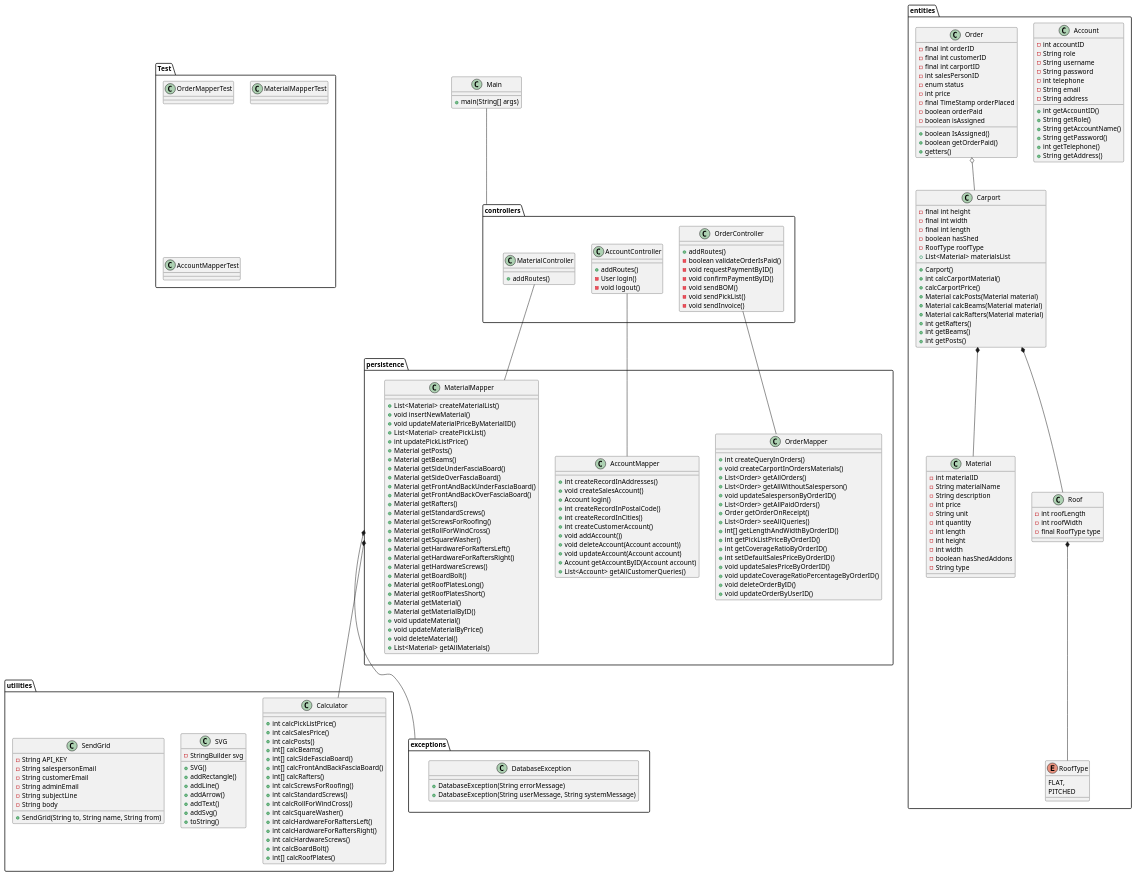
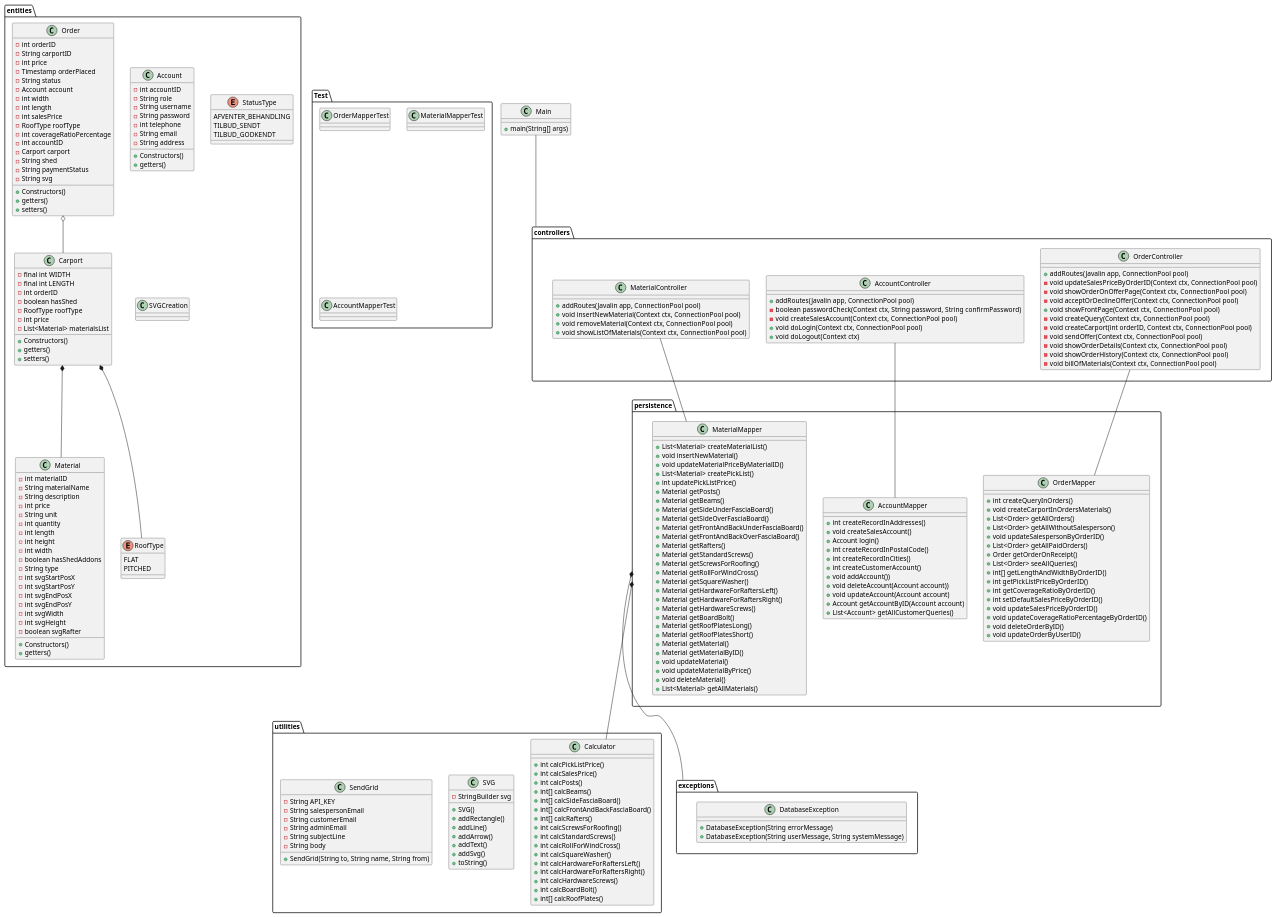
One commit to mridrisisci/fog-projekt changed the diagram in docs/class diagrams/classDiagramV3.puml. Above: the diagram before and after it, drawn with PlantUML.

```diff
--- a/docs/class diagrams/classDiagramV3.puml
+++ b/docs/class diagrams/classDiagramV3.puml
@@ -53,48 +53,49 @@
 
 package controllers {
     class OrderController {
-    + addRoutes()
-    - boolean validateOrderIsPaid()
-    - void requestPaymentByID()
-    - void confirmPaymentByID()
-    - void sendBOM()
-    - void sendPickList()
-    - void sendInvoice()
+    + addRoutes(Javalin app, ConnectionPool pool)
+    - void updateSalesPriceByOrderID(Context ctx, ConnectionPool pool)
+    - void showOrderOnOfferPage(Context ctx, ConnectionPool pool)
+    - void acceptOrDeclineOffer(Context ctx, ConnectionPool pool)
+    + void showFrontPage(Context ctx, ConnectionPool pool)
+    - void createQuery(Context ctx, ConnectionPool pool)
+    - void createCarport(int orderID, Context ctx, ConnectionPool pool)
+    - void sendOffer(Context ctx, ConnectionPool pool)
+    - void showOrderDetails(Context ctx, ConnectionPool pool)
+    - void showOrderHistory(Context ctx, ConnectionPool pool)
+    - void billOfMaterials(Context ctx, ConnectionPool pool)
     }
 
     class AccountController {
-    + addRoutes()
-    - User login()
-    - void logout()
+    + addRoutes(Javalin app, ConnectionPool pool)
+    - boolean passwordCheck(Context ctx, String password, String confirmPassword)
+    - void createSalesAccount(Context ctx, ConnectionPool pool)
+    + void doLogin(Context ctx, ConnectionPool pool)
+    + void doLogout(Context ctx)
+    }
 
-    }
     class MaterialController {
-    + addRoutes()
+    + addRoutes(Javalin app, ConnectionPool pool)
+    + void insertNewMaterial(Context ctx, ConnectionPool pool)
+    + void removeMaterial(Context ctx, ConnectionPool pool)
+    + void showListOfMaterials(Context ctx, ConnectionPool pool)
     }
 }
 
 package entities {
     class Carport {
-    - final int height
-    - final int width
-    - final int length
+    - final int WIDTH
+    - final int LENGTH
+    - int orderID
     - boolean hasShed
-    '- boolean hasShedAddons
     - RoofType roofType
-    + Carport()
-    + List<Material> materialsList
-    'metoden skal eksekvere alle beregningerne heri
-    'samlet
-    + int calcCarportMaterial()
-    'Pris som kunden skal betale
-    + calcCarportPrice()
-    + Material calcPosts(Material material)
-    + Material calcBeams(Material material)
-    + Material calcRafters(Material material)
-    + int getRafters()
-    + int getBeams()
-    + int getPosts()
+    - int price
+    - List<Material> materialsList
+    + Constructors()
+    + getters()
+    + setters()
     }
+
     class Account {
     - int accountID
     - String role
@@ -103,35 +104,36 @@
     - int telephone
     - String email
     - String address
-    + int getAccountID()
-    + String getRole()
-    + String getAccountName()
-    + String getPassword()
-    + int getTelephone()
-    + String getAddress()
+    + Constructors()
+    + getters()
     }
 
     class Order {
-    - final int orderID
-    - final int customerID
-    - final int carportID
-    - int salesPersonID
-    'public enum orderStatus { PAID,NOT_PAID,ORDER_COMPLETED}
-    - enum status
+    - int orderID
+    - String carportID
     - int price
-    - final TimeStamp orderPlaced
-    - boolean orderPaid
-    - boolean isAssigned
-    + boolean IsAssigned()
-    + boolean getOrderPaid()
+    - Timestamp orderPlaced
+    - String status
+    - Account account
+    - int width
+    - int length
+    - int salesPrice
+    - RoofType roofType
+    - int coverageRatioPercentage
+    - int accountID
+    - Carport carport
+    - String shed
+    - String paymentStatus
+    - String svg
+    + Constructors()
     + getters()
+    + setters()
     }
 
     class Material {
     - int materialID
     - String materialName
     - String description
-    'prisen for Fog at købe materialerne
     - int price
     - String unit
     - int quantity
@@ -140,16 +142,28 @@
     - int width
     - boolean hasShedAddons
     - String type
+    - int svgStartPosX
+    - int svgStartPosY
+    - int svgEndPosX
+    - int svgEndPosY
+    - int svgWidth
+    - int svgHeight
+    - boolean svgRafter
+    + Constructors()
+    + getters()
     }
     enum RoofType {
-    FLAT,
+    FLAT
     PITCHED
     }
-    class Roof
-    {
-    - int roofLength
-    - int roofWidth
-    - final RoofType type
+    enum StatusType{
+    AFVENTER_BEHANDLING
+    TILBUD_SENDT
+    TILBUD_GODKENDT
+    }
+
+    class SVGCreation{
+    
     }
 
 }
@@ -247,8 +261,7 @@
 
 Order o-- Carport
 Carport *-- Material
-Carport *-- Roof
-Roof *-- RoofType
+Carport *-- RoofType
 
 persistence *-- Calculator
 persistence *-- exceptions
```
